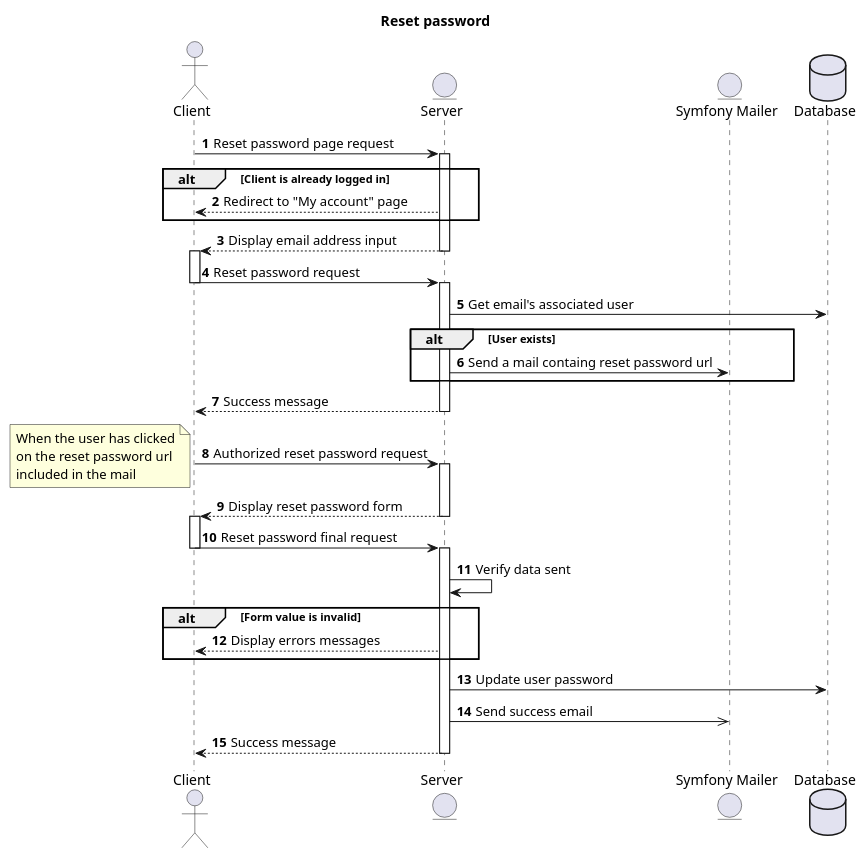
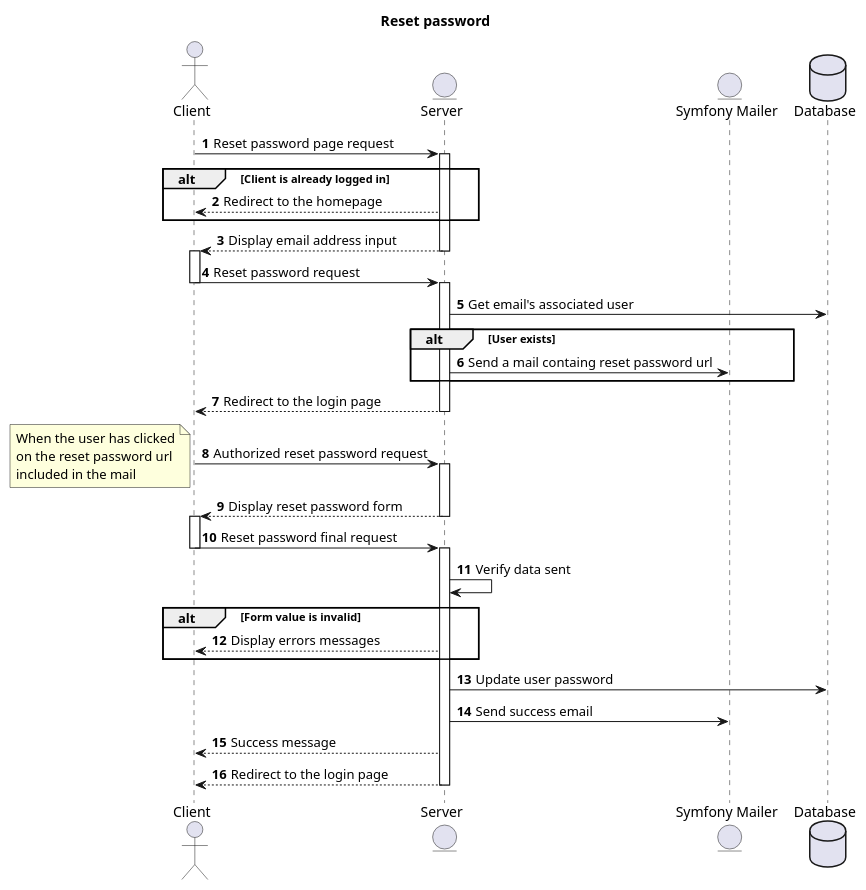
One commit to acecconato/AnthonyCecconato_5_18102021 changed the diagram in docs/puml/sequence/security/reset_password.puml. Above: the diagram before and after it, drawn with PlantUML. The commit also changed 46 other files, not shown here.

```diff
--- a/docs/puml/sequence/security/reset_password.puml
+++ b/docs/puml/sequence/security/reset_password.puml
@@ -1,76 +1,77 @@
 @startuml
 
 title Reset password
 autonumber
 
 actor Client
 entity Server
 entity "Symfony Mailer" as SymfonyMailer
 Database Database
 
 Client -> Server : Reset password page request
 
 activate Server
 
 alt Client is already logged in
-    Server --> Client : Redirect to "My account" page
+    Server --> Client : Redirect to the homepage
 end
 
 Server --> Client : Display email address input
 
 deactivate Server
 
 activate Client
 
 Client -> Server : Reset password request
 
 deactivate Client
 
 activate Server
 
 Server -> Database : Get email's associated user
 
 alt User exists
     Server -> SymfonyMailer : Send a mail containg reset password url
 end
 
-Server --> Client : Success message
+Server --> Client : Redirect to the login page
 
 deactivate Server
 
 Client -> Server : Authorized reset password request
 note left
 When the user has clicked
 on the reset password url
 included in the mail
 end note
 
 activate Server
 
 Server --> Client : Display reset password form
 
 deactivate Server
 
 activate Client
 
 Client -> Server : Reset password final request
 
 deactivate Client
 
 activate Server
 
 Server -> Server : Verify data sent
 
 alt Form value is invalid
     Server --> Client : Display errors messages
 end
 
 Server -> Database : Update user password
 
-Server ->> SymfonyMailer :  Send success email
+Server -> SymfonyMailer :  Send success email
 
 Server --> Client : Success message
+Server --> Client : Redirect to the login page
 
 deactivate Server
 
 @enduml
```
